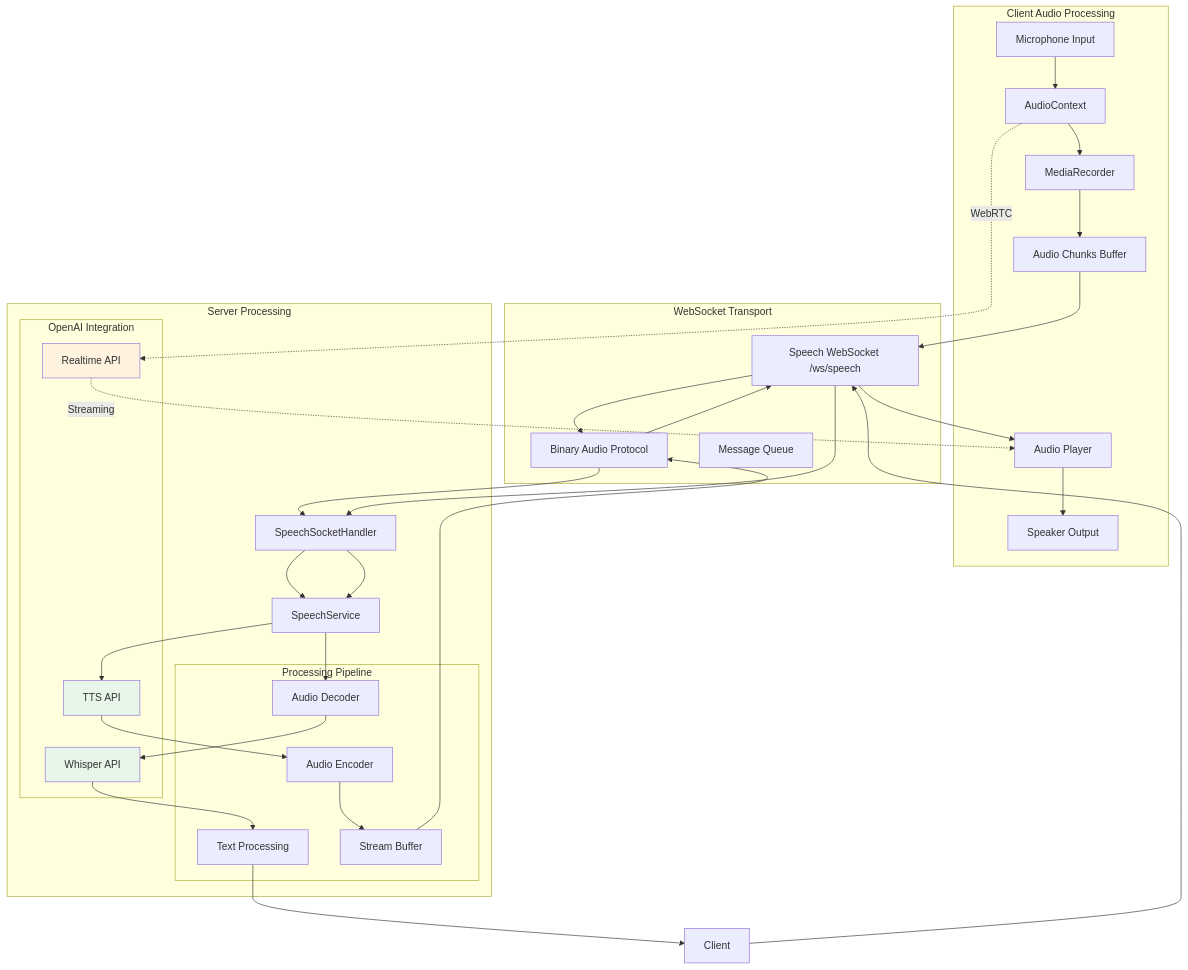
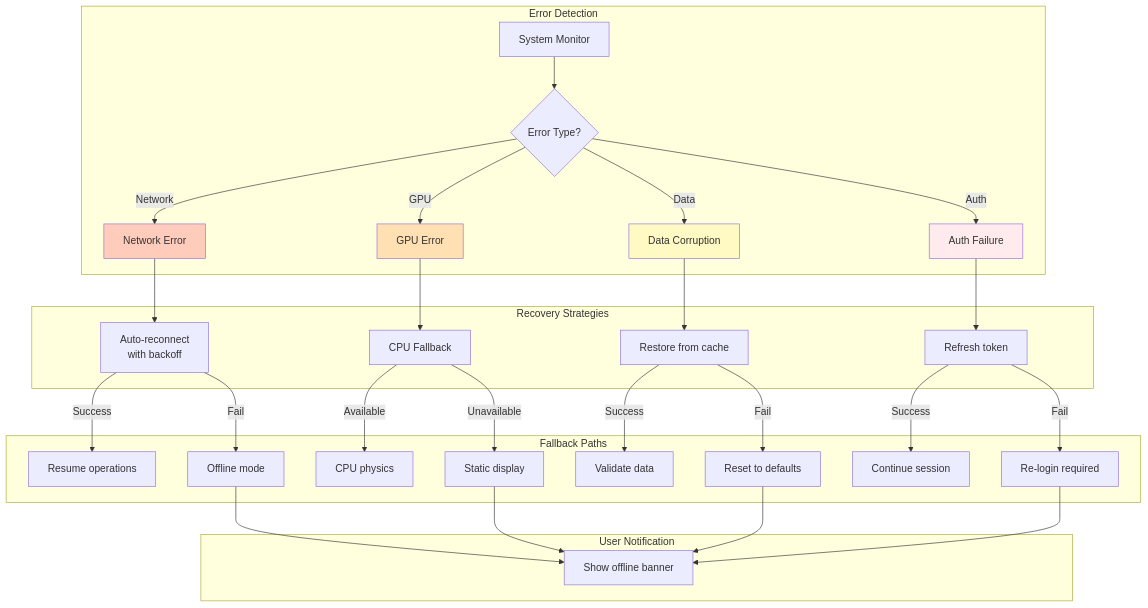
One commit to DreamLab-AI/VisionFlow changed diagram 18 of 18 in docs/diagrams.md. Above: the diagram before and after it, drawn with Mermaid. The commit also changed other lines of this file and 1 other file, not shown here.

Commit message:
audit and diagrams update, new todo list

````diff
--- a/docs/diagrams.md
+++ b/docs/diagrams.md
@@ -1444,68 +1148,43 @@
 ```mermaid
 flowchart TB
-    subgraph "Client Audio Processing"
-        Mic[Microphone Input]
-        AudioCtx[AudioContext]
-        MediaRec[MediaRecorder]
-        AudioChunks[Audio Chunks Buffer]
-        AudioPlayer[Audio Player]
-        Speaker[Speaker Output]
+    subgraph "Error Detection"
+        Monitor[System Monitor] --> Check{Error Type?}
+        Check -->|Network| NetError[Network Error]
+        Check -->|GPU| GPUError[GPU Error]
+        Check -->|Data| DataError[Data Corruption]
+        Check -->|Auth| AuthError[Auth Failure]
     end
 
-    subgraph "WebSocket Transport"
-        SpeechWS[Speech WebSocket /ws/speech]
-        BinaryProto[Binary Audio Protocol]
-        MessageQueue[Message Queue]
+    subgraph "Recovery Strategies"
+        NetError --> Reconnect[Auto-reconnect<br/>with backoff]
+        GPUError --> Fallback[CPU Fallback]
+        DataError --> Restore[Restore from cache]
+        AuthError --> Refresh[Refresh token]
     end
 
-    subgraph "Server Processing"
-        SpeechHandler[SpeechSocketHandler]
-        SpeechService[SpeechService]
+    subgraph "Fallback Paths"
+        Reconnect -->|Success| Resume[Resume operations]
+        Reconnect -->|Fail| Offline[Offline mode]
 
-        subgraph "OpenAI Integration"
-            Whisper[Whisper API]
-            TTSAPI[TTS API]
-            RealtimeAPI[Realtime API]
-        end
+        Fallback -->|Available| CPUMode[CPU physics]
+        Fallback -->|Unavailable| Static[Static display]
 
-        subgraph "Processing Pipeline"
-            AudioDecode[Audio Decoder]
-            TextProcess[Text Processing]
-            AudioEncode[Audio Encoder]
-            StreamBuffer[Stream Buffer]
-        end
+        Restore -->|Success| Validate[Validate data]
+        Restore -->|Fail| Reset[Reset to defaults]
+
+        Refresh -->|Success| Continue[Continue session]
+        Refresh -->|Fail| Login[Re-login required]
     end
 
-    %% STT Flow
-    Mic --> AudioCtx
-    AudioCtx --> MediaRec
-    MediaRec --> AudioChunks
-    AudioChunks --> SpeechWS
-    SpeechWS --> BinaryProto
-    BinaryProto --> SpeechHandler
-    SpeechHandler --> SpeechService
-    SpeechService --> AudioDecode
-    AudioDecode --> Whisper
-    Whisper --> TextProcess
-    TextProcess --> Client
+    subgraph "User Notification"
+        Offline --> Notify[Show offline banner]
+        Static --> Notify
+        Reset --> Notify
+        Login --> Notify
+    end
 
-    %% TTS Flow
-    Client --> SpeechWS
-    SpeechWS --> SpeechHandler
-    SpeechHandler --> SpeechService
-    SpeechService --> TTSAPI
-    TTSAPI --> AudioEncode
-    AudioEncode --> StreamBuffer
-    StreamBuffer --> BinaryProto
-    BinaryProto --> SpeechWS
-    SpeechWS --> AudioPlayer
-    AudioPlayer --> Speaker
-
-    %% Realtime Flow
-    AudioCtx -.->|WebRTC| RealtimeAPI
-    RealtimeAPI -.->|Streaming| AudioPlayer
-
-    style Whisper fill:#e8f5e9
-    style TTSAPI fill:#e8f5e9
-    style RealtimeAPI fill:#fff3e0
+    style NetError fill:#ffccbc
+    style GPUError fill:#ffe0b2
+    style DataError fill:#fff9c4
+    style AuthError fill:#ffebee
 ```
````
